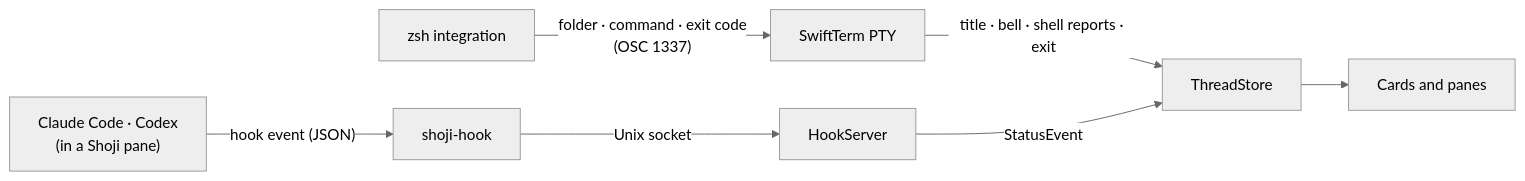
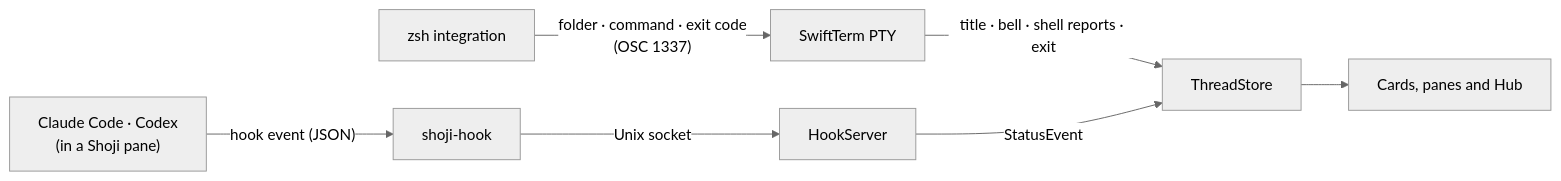
Before and after one commit to yyyaaan/shoji: the diagram in README.md, drawn with Mermaid (neutral theme). The commit also changed other lines of this file and 57 other files, not shown here.

First line of the commit message:
Hub, mini cards and the zen corner (#7)

````diff
--- a/README.md
+++ b/README.md
@@ -91,9 +93,9 @@
 ```mermaid
 flowchart LR
     CLI["Claude Code · Codex<br/>(in a Shoji pane)"] -- "hook event (JSON)" --> Hook["shoji-hook"]
     Hook -- "Unix socket" --> Server["HookServer"]
     Zsh["zsh integration"] -- "folder · command · exit code<br/>(OSC 1337)" --> PTY
     PTY["SwiftTerm PTY"] -- "title · bell · shell reports · exit" --> Store
     Server -- "StatusEvent" --> Store["ThreadStore"]
-    Store --> UI["Cards and panes"]
+    Store --> UI["Cards, panes and Hub"]
 ```
````
